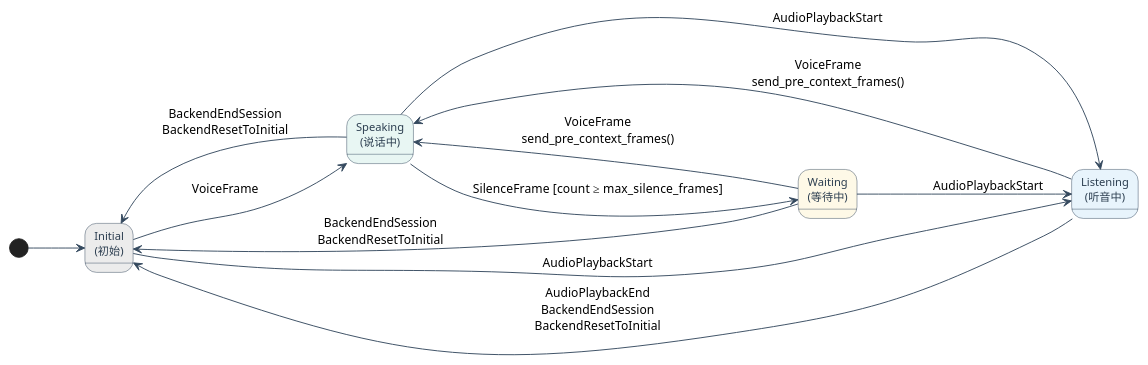
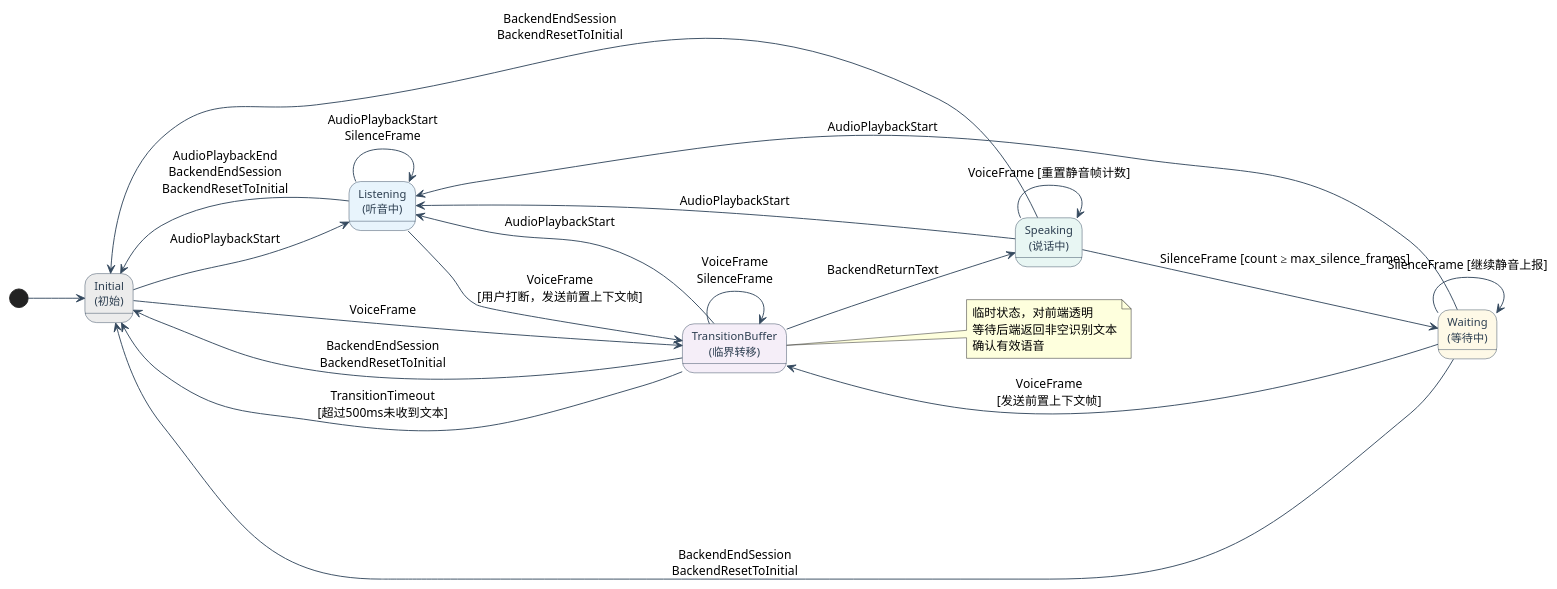
Before and after one commit to Cortantse/Lumina: the diagram in docs/statemachine.plantuml, drawn with PlantUML. The commit also changed 25 other files, not shown here.

```diff
--- a/docs/statemachine.plantuml
+++ b/docs/statemachine.plantuml
@@ -1,42 +1,55 @@
 @startuml
 left to right direction
 skinparam shadowing false
 skinparam state {
   BorderColor #34495E
   FontColor #2C3E50
   FontSize 12
 }
 skinparam arrowColor #34495E
 
 '—— 各状态背景色 ——  
 skinparam stateBackgroundColor<<Init>>   #ECECEC  
 skinparam stateBackgroundColor<<Speak>>  #E8F6F3  
 skinparam stateBackgroundColor<<Wait>>   #FEF9E7  
-skinparam stateBackgroundColor<<Listen>> #E8F4FC  
+skinparam stateBackgroundColor<<Listen>> #E8F4FC
+skinparam stateBackgroundColor<<Trans>>  #F5EEF8  
 
 '—— 状态 ——  
 state "Initial\n(初始)"    as Initial   <<Init>>  
 state "Speaking\n(说话中)" as Speaking  <<Speak>>  
 state "Waiting\n(等待中)"   as Waiting   <<Wait>>  
-state "Listening\n(听音中)" as Listening <<Listen>>  
+state "Listening\n(听音中)" as Listening <<Listen>>
+state "TransitionBuffer\n(临界转移)" as TransBuffer <<Trans>>
 
 [*] --> Initial
 
 '—— 初始 状态 ——  
-Initial --> Speaking  : VoiceFrame  
-Initial --> Listening : AudioPlaybackStart  
+Initial --> TransBuffer : VoiceFrame
+Initial --> Listening : AudioPlaybackStart
+
+'—— 临界转移 状态 ——
+TransBuffer --> Speaking : BackendReturnText
+TransBuffer --> Initial : BackendEndSession\nBackendResetToInitial
+TransBuffer --> Listening : AudioPlaybackStart
+TransBuffer --> TransBuffer : VoiceFrame\nSilenceFrame
+TransBuffer --> Initial : TransitionTimeout\n[超过500ms未收到文本]
+note right of TransBuffer : 临时状态，对前端透明\n等待后端返回非空识别文本\n确认有效语音
 
 '—— 说话中 状态 ——  
-Speaking --> Waiting : SilenceFrame [count ≥ max_silence_frames]  
-Speaking --> Initial : BackendEndSession\nBackendResetToInitial  
+Speaking --> Waiting : SilenceFrame [count ≥ max_silence_frames]
+Speaking --> Initial : BackendEndSession\nBackendResetToInitial
 Speaking --> Listening : AudioPlaybackStart
+Speaking --> Speaking : VoiceFrame [重置静音帧计数]
 
 '—— 等待中 状态 ——  
-Waiting --> Speaking  : VoiceFrame\nsend_pre_context_frames()  
-Waiting --> Listening : AudioPlaybackStart  
-Waiting --> Initial   : BackendEndSession\nBackendResetToInitial  
+Waiting --> TransBuffer : VoiceFrame\n[发送前置上下文帧]
+Waiting --> Listening : AudioPlaybackStart
+Waiting --> Initial : BackendEndSession\nBackendResetToInitial
+Waiting --> Waiting : SilenceFrame [继续静音上报]
 
 '—— 听音中 状态 ——  
-Listening --> Speaking : VoiceFrame\nsend_pre_context_frames()  
-Listening --> Initial  : AudioPlaybackEnd\nBackendEndSession\nBackendResetToInitial  
+Listening --> TransBuffer : VoiceFrame\n[用户打断，发送前置上下文帧]
+Listening --> Initial : AudioPlaybackEnd\nBackendEndSession\nBackendResetToInitial
+Listening --> Listening : AudioPlaybackStart\nSilenceFrame
 @enduml
```
